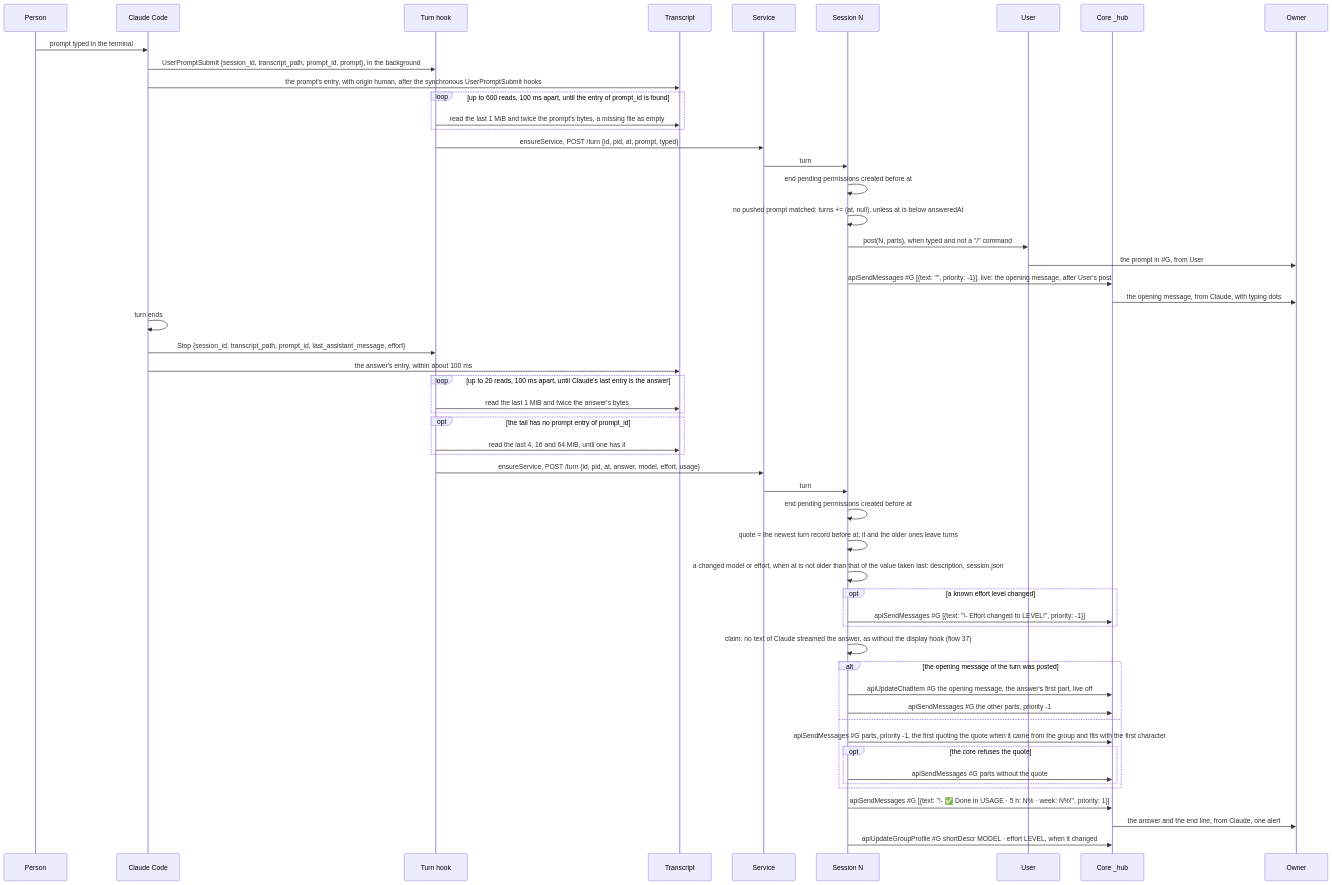
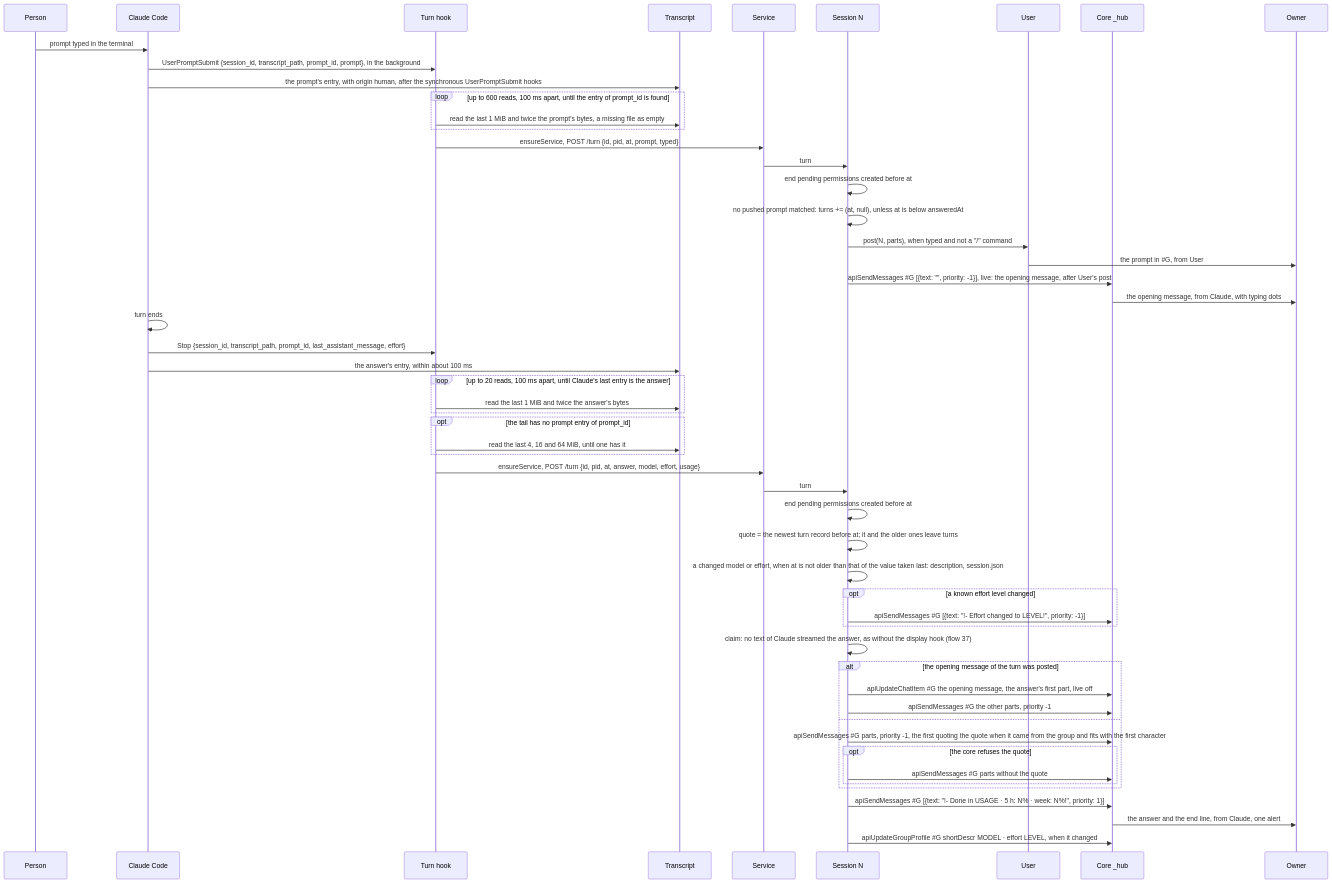
Diagram 21 of 39 in packages/simplex-chat-mcp/spec/flows.md (simplex-chat/simplex-chat), drawn with Mermaid before and after one commit. The commit also changed other lines of this file and 9 other files, not shown here.

````diff
--- a/packages/simplex-chat-mcp/spec/flows.md
+++ b/packages/simplex-chat-mcp/spec/flows.md
@@ -977,56 +977,56 @@
 ```mermaid
 sequenceDiagram
   participant P as Person
   participant CC as Claude Code
   participant HK as Turn hook
   participant T as Transcript
   participant D as Service
   participant N as Session N
   participant U as User
   participant C as Core _hub
   participant O as Owner
   P->>CC: prompt typed in the terminal
   CC->>HK: UserPromptSubmit {session_id, transcript_path, prompt_id, prompt}, in the background
   CC->>T: the prompt's entry, with origin human, after the synchronous UserPromptSubmit hooks
   loop up to 600 reads, 100 ms apart, until the entry of prompt_id is found
     HK->>T: read the last 1 MiB and twice the prompt's bytes, a missing file as empty
   end
   HK->>D: ensureService, POST /turn {id, pid, at, prompt, typed}
   D->>N: turn
   N->>N: end pending permissions created before at
   N->>N: no pushed prompt matched: turns += (at, null), unless at is below answeredAt
   N->>U: post(N, parts), when typed and not a "/" command
   U->>O: the prompt in #35;G, from User
   N->>C: apiSendMessages #35;G [{text: "", priority: -1}], live: the opening message, after User's post
   C->>O: the opening message, from Claude, with typing dots
   CC->>CC: turn ends
   CC->>HK: Stop {session_id, transcript_path, prompt_id, last_assistant_message, effort}
   CC->>T: the answer's entry, within about 100 ms
   loop up to 20 reads, 100 ms apart, until Claude's last entry is the answer
     HK->>T: read the last 1 MiB and twice the answer's bytes
   end
   opt the tail has no prompt entry of prompt_id
     HK->>T: read the last 4, 16 and 64 MiB, until one has it
   end
   HK->>D: ensureService, POST /turn {id, pid, at, answer, model, effort, usage}
   D->>N: turn
   N->>N: end pending permissions created before at
   N->>N: quote = the newest turn record before at#59; it and the older ones leave turns
   N->>N: a changed model or effort, when at is not older than that of the value taken last: description, session.json
   opt a known effort level changed
     N->>C: apiSendMessages #35;G [{text: "!- Effort changed to LEVEL!", priority: -1}]
   end
   N->>N: claim: no text of Claude streamed the answer, as without the display hook (flow 37)
   alt the opening message of the turn was posted
     N->>C: apiUpdateChatItem #35;G the opening message, the answer's first part, live off
     N->>C: apiSendMessages #35;G the other parts, priority -1
   else
     N->>C: apiSendMessages #35;G parts, priority -1, the first quoting the quote when it came from the group and fits with the first character
     opt the core refuses the quote
       N->>C: apiSendMessages #35;G parts without the quote
     end
   end
-  N->>C: apiSendMessages #35;G [{text: "!- ✅ Done in USAGE · 5 h: N% · week: N%!", priority: 1}]
+  N->>C: apiSendMessages #35;G [{text: "!- Done in USAGE · 5 h: N% · week: N%!", priority: 1}]
   C->>O: the answer and the end line, from Claude, one alert
   N->>C: apiUpdateGroupProfile #35;G shortDescr MODEL · effort LEVEL, when it changed
 ```
````
